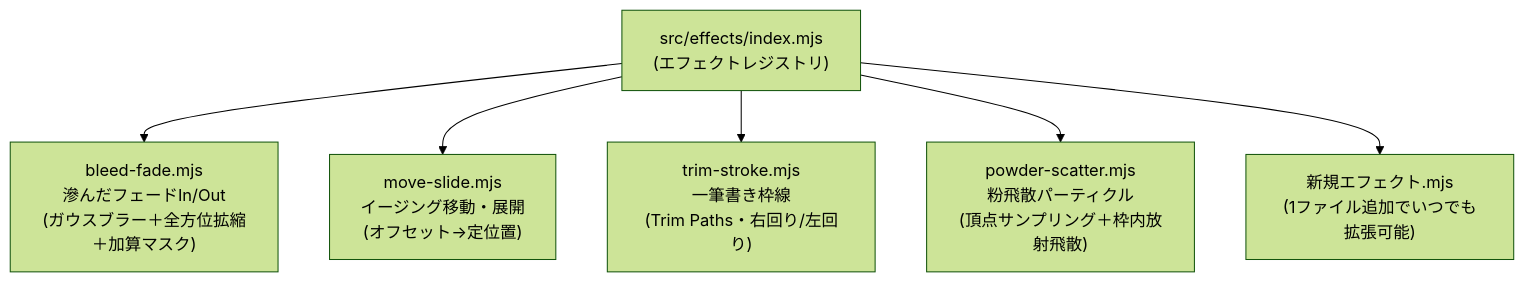
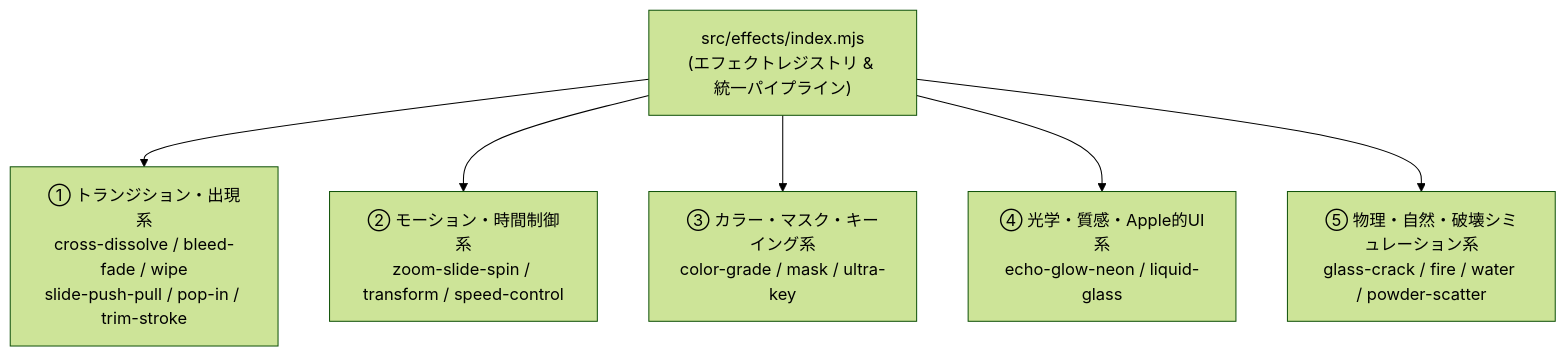
Before and after one commit to EijiKobayashi/svg2lottie-cli: the second of 2 diagrams in docs/requirements.md, drawn with Mermaid (forest theme). The commit also changed other lines of this file and 7 other files, not shown here.

````diff
--- a/docs/requirements.md
+++ b/docs/requirements.md
@@ -70,9 +70,9 @@
 ```mermaid
 flowchart TD
-  Registry["src/effects/index.mjs<br/>(エフェクトレジストリ)"]
-  Registry --> E1["bleed-fade.mjs<br/>滲んだフェードIn/Out<br/>(ガウスブラー＋全方位拡縮＋加算マスク)"]
-  Registry --> E2["move-slide.mjs<br/>イージング移動・展開<br/>(オフセット→定位置)"]
-  Registry --> E3["trim-stroke.mjs<br/>一筆書き枠線<br/>(Trim Paths・右回り/左回り)"]
-  Registry --> E4["powder-scatter.mjs<br/>粉飛散パーティクル<br/>(頂点サンプリング＋枠内放射飛散)"]
-  Registry --> E5["新規エフェクト.mjs<br/>(1ファイル追加でいつでも拡張可能)"]
+  Registry["src/effects/index.mjs<br/>(エフェクトレジストリ & 統一パイプライン)"]
+  Registry --> C1["① トランジション・出現系<br/>cross-dissolve / bleed-fade / wipe<br/>slide-push-pull / pop-in / trim-stroke"]
+  Registry --> C2["② モーション・時間制御系<br/>zoom-slide-spin / transform / speed-control"]
+  Registry --> C3["③ カラー・マスク・キーイング系<br/>color-grade / mask / ultra-key"]
+  Registry --> C4["④ 光学・質感・Apple的UI系<br/>echo-glow-neon / liquid-glass"]
+  Registry --> C5["⑤ 物理・自然・破壊シミュレーション系<br/>glass-crack / fire / water / powder-scatter"]
 ```
````
